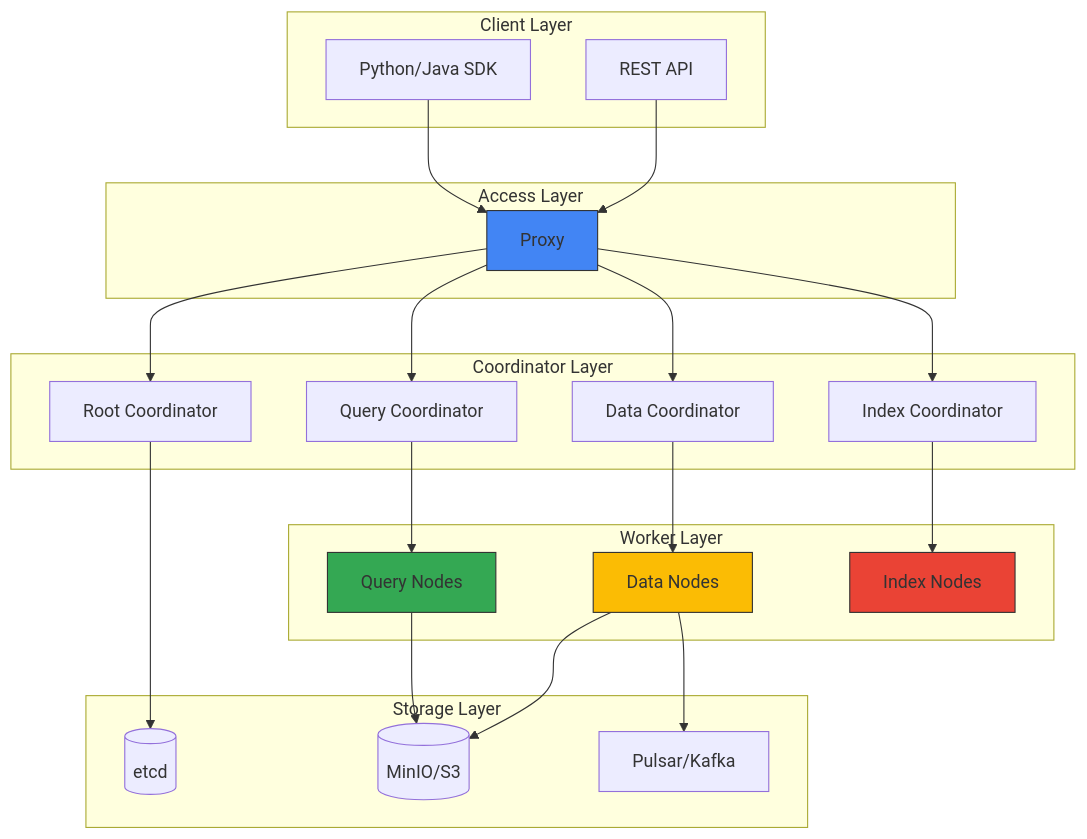
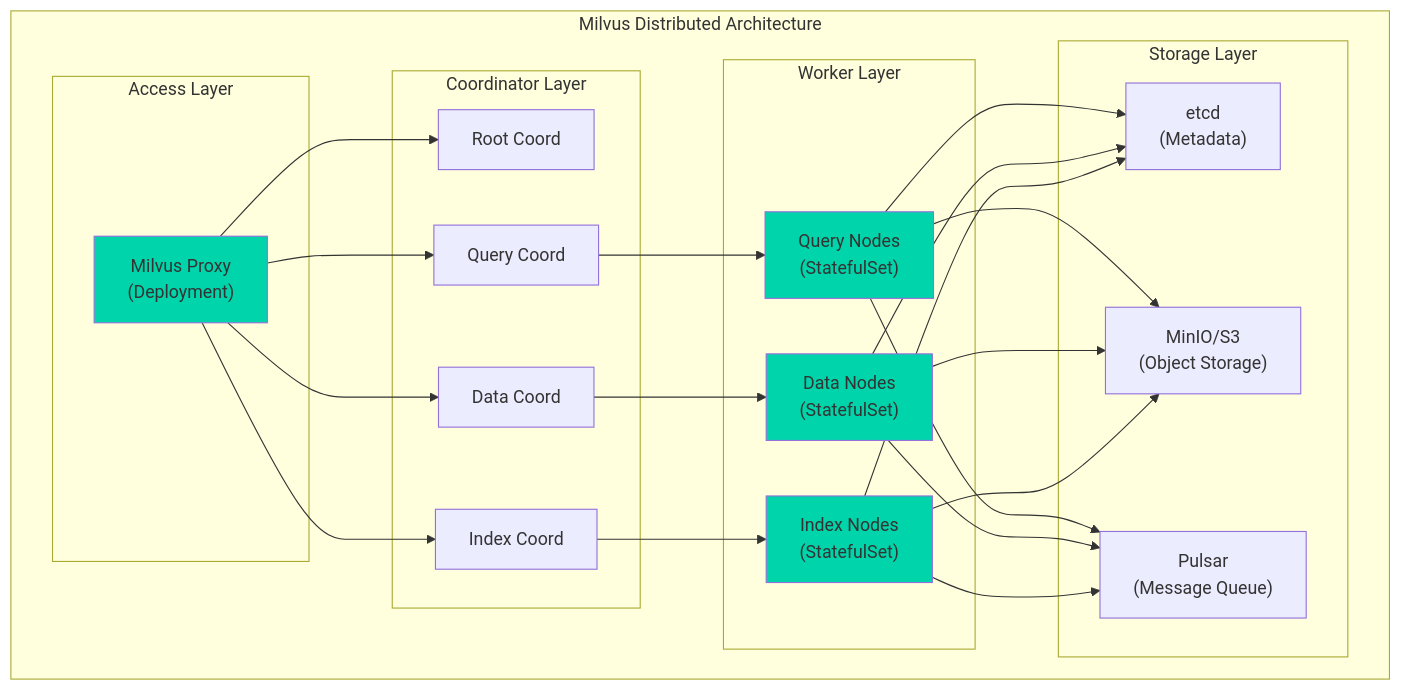
The second of 2 diagrams in i18n/en/docusaurus-plugin-content-docs/current/agentic-ai-platform/milvus-vector-database.md (devfloor9/engineering-playbook), drawn with Mermaid before and after one commit. The commit also changed other lines of this file and 2 other files, not shown here.

Commit message:
docs: anonymize AWS account IDs and sensitive ARNs across all documents
Replace all 123456789012 account IDs with XXXXXXXXXXXX and anonymize
certificate/WAF ACL identifiers to prevent push rejection by
CodeDefender security scanner.

````diff
--- a/i18n/en/docusaurus-plugin-content-docs/current/agentic-ai-platform/milvus-vector-database.md
+++ b/i18n/en/docusaurus-plugin-content-docs/current/agentic-ai-platform/milvus-vector-database.md
@@ -57,51 +59,38 @@
 ```mermaid
 graph TB
-    subgraph "Client Layer"
-        SDK["Python/Java SDK"]
-        REST["REST API"]
+    subgraph "Milvus Distributed Architecture"
+        subgraph "Access Layer"
+            PROXY["Milvus Proxy<br/>(Deployment)"]
+        end
+
+        subgraph "Coordinator Layer"
+            ROOT["Root Coord"]
+            QUERY["Query Coord"]
+            DATA["Data Coord"]
+            INDEX["Index Coord"]
+        end
+
+        subgraph "Worker Layer"
+            QN["Query Nodes<br/>(StatefulSet)"]
+            DN["Data Nodes<br/>(StatefulSet)"]
+            IN["Index Nodes<br/>(StatefulSet)"]
+        end
+
+        subgraph "Storage Layer"
+            ETCD["etcd<br/>(Metadata)"]
+            MINIO["MinIO/S3<br/>(Object Storage)"]
+            PULSAR["Pulsar<br/>(Message Queue)"]
+        end
     end
 
-    subgraph "Access Layer"
-        Proxy["Proxy"]
-    end
+    PROXY --> ROOT & QUERY & DATA & INDEX
+    QUERY --> QN
+    DATA --> DN
+    INDEX --> IN
+    QN & DN & IN --> ETCD & MINIO & PULSAR
 
-    subgraph "Coordinator Layer"
-        RootCoord["Root Coordinator"]
-        QueryCoord["Query Coordinator"]
-        DataCoord["Data Coordinator"]
-        IndexCoord["Index Coordinator"]
-    end
-
-    subgraph "Worker Layer"
-        QueryNode["Query Nodes"]
-        DataNode["Data Nodes"]
-        IndexNode["Index Nodes"]
-    end
-
-    subgraph "Storage Layer"
-        etcd[(etcd)]
-        MinIO[(MinIO/S3)]
-        Pulsar["Pulsar/Kafka"]
-    end
-
-    SDK --> Proxy
-    REST --> Proxy
-    Proxy --> RootCoord
-    Proxy --> QueryCoord
-    Proxy --> DataCoord
-    Proxy --> IndexCoord
-
-    QueryCoord --> QueryNode
-    DataCoord --> DataNode
-    IndexCoord --> IndexNode
-
-    RootCoord --> etcd
-    QueryNode --> MinIO
-    DataNode --> MinIO
-    DataNode --> Pulsar
-
-    style Proxy fill:#4285f4,stroke:#333
-    style QueryNode fill:#34a853,stroke:#333
-    style DataNode fill:#fbbc04,stroke:#333
-    style IndexNode fill:#ea4335,stroke:#333
+    style PROXY fill:#00d4aa
+    style QN fill:#00d4aa
+    style DN fill:#00d4aa
+    style IN fill:#00d4aa
 ```
````
